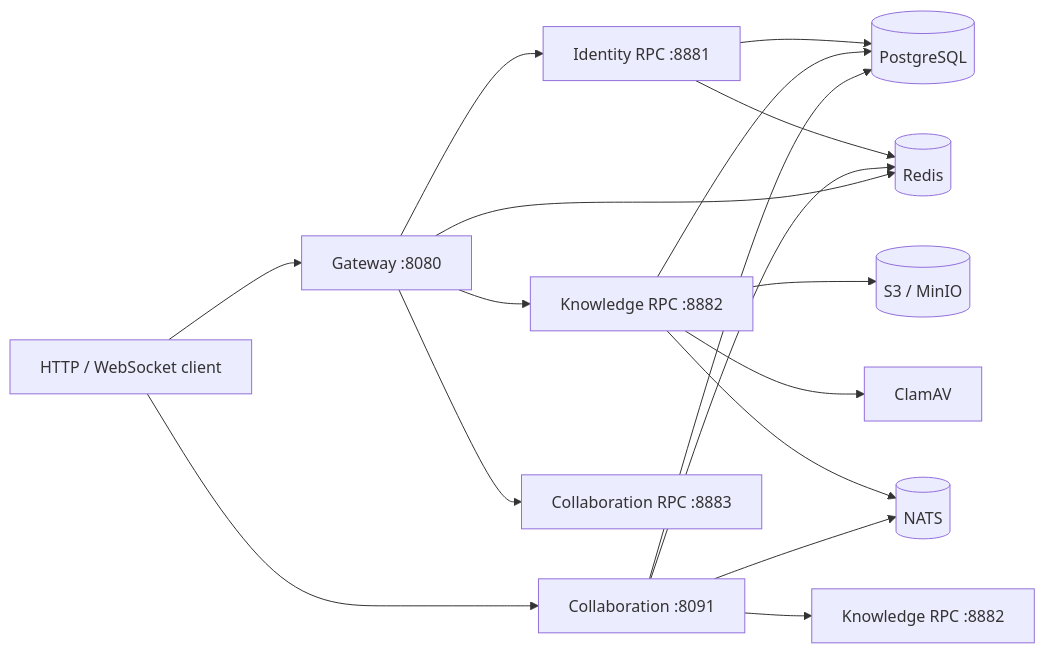
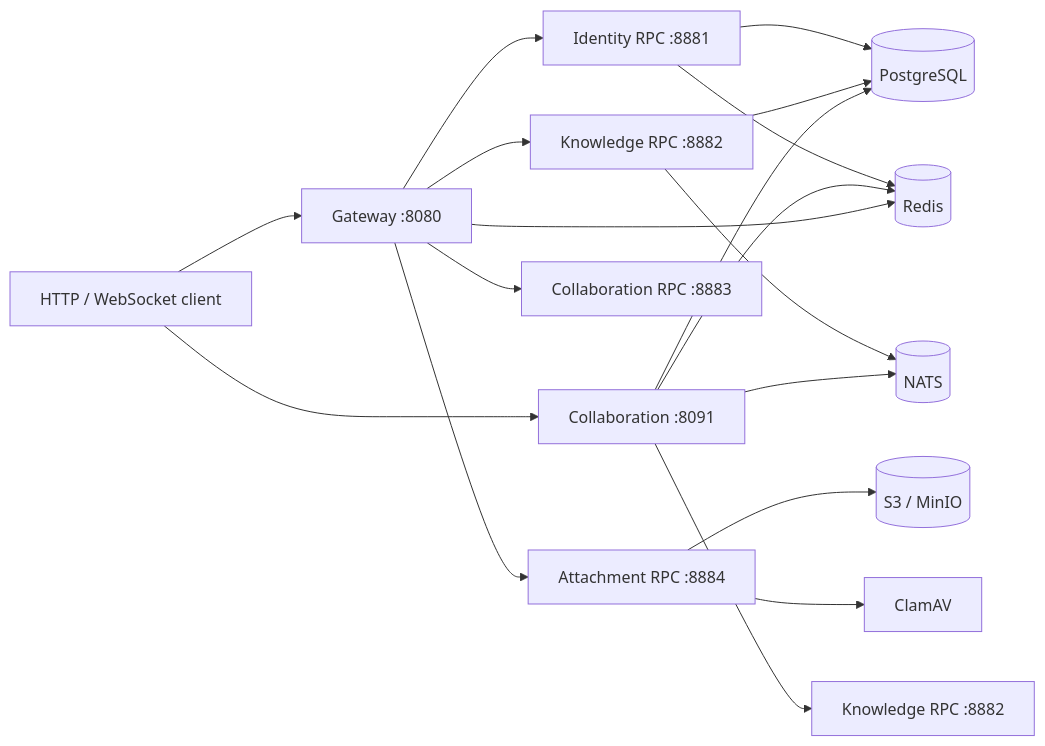
Before and after one commit to HappyLadySauceM/Knowledge-Core: the diagram in README.md, drawn with Mermaid. The commit also changed other lines of this file and 50 other files, not shown here.

Commit message:
feat: complete attachment gateway and collaboration editor flow

````diff
--- a/README.md
+++ b/README.md
@@ -67,19 +70,20 @@
 ```mermaid
 flowchart LR
     Client[HTTP / WebSocket client] --> Gateway[Gateway :8080]
     Client --> Collaboration[Collaboration :8091]
     Gateway --> Identity[Identity RPC :8881]
     Gateway --> Knowledge[Knowledge RPC :8882]
     Gateway --> CollaborationRPC[Collaboration RPC :8883]
+    Gateway --> Attachment[Attachment RPC :8884]
     Collaboration --> KnowledgeRPC[Knowledge RPC :8882]
     Identity --> PostgreSQL[(PostgreSQL)]
     Identity --> Redis[(Redis)]
     Knowledge --> PostgreSQL
-    Knowledge --> S3[(S3 / MinIO)]
-    Knowledge --> ClamAV[ClamAV]
+    Attachment --> S3[(S3 / MinIO)]
+    Attachment --> ClamAV[ClamAV]
     Knowledge --> NATS[(NATS)]
     Collaboration --> PostgreSQL
     Collaboration --> Redis
     Collaboration --> NATS
     Gateway --> Redis
 ```
````
